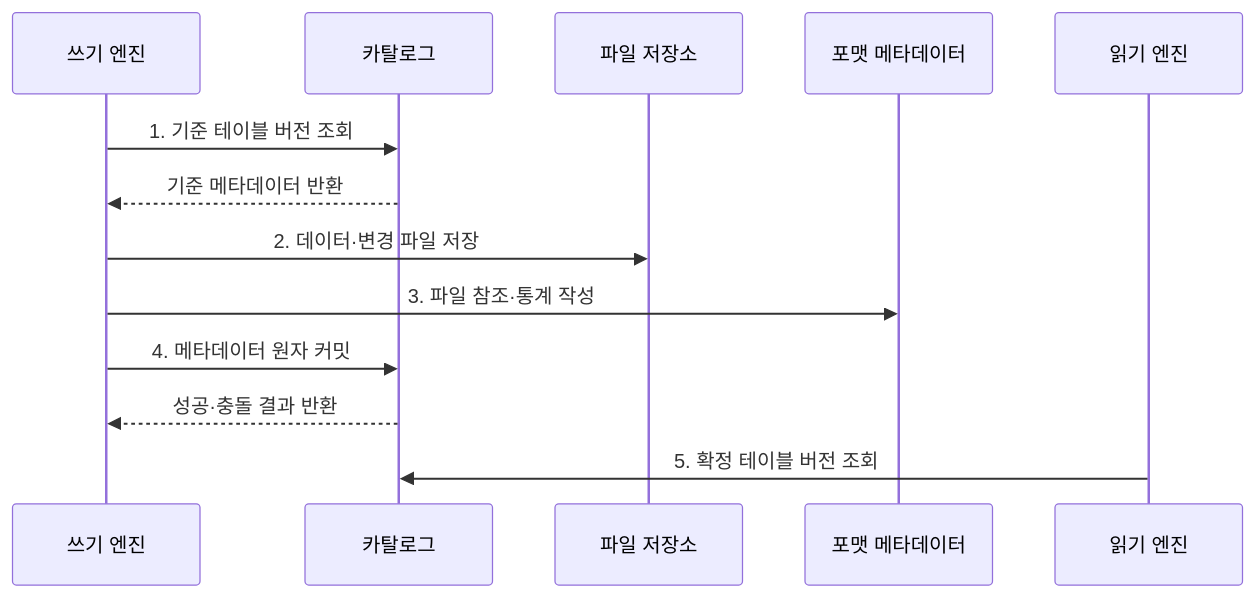
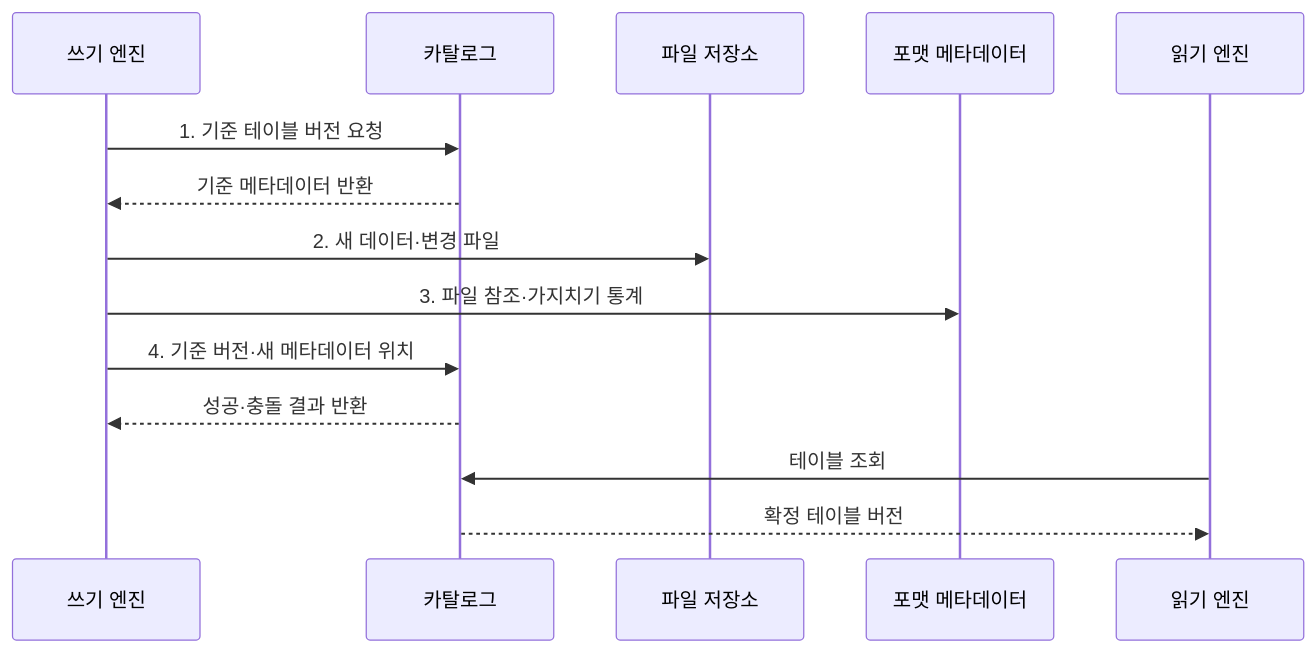
The second of 2 diagrams in src/content/docs/notes/03-software/129_open_table_format.md (agnusdei1207/knowledge-base), drawn with Mermaid before and after one commit. The commit also changed other lines of this file and 20 other files, not shown here.

````diff
--- a/src/content/docs/notes/03-software/129_open_table_format.md
+++ b/src/content/docs/notes/03-software/129_open_table_format.md
@@ -83,15 +92,16 @@
 ```mermaid
 sequenceDiagram
     participant W as 쓰기 엔진
     participant C as 카탈로그
     participant D as 파일 저장소
     participant M as 포맷 메타데이터
     participant R as 읽기 엔진
-    W->>C: 1. 기준 테이블 버전 조회
+    W->>C: 1. 기준 테이블 버전 요청
     C-->>W: 기준 메타데이터 반환
-    W->>D: 2. 데이터·변경 파일 저장
-    W->>M: 3. 파일 참조·통계 작성
-    W->>C: 4. 메타데이터 원자 커밋
+    W->>D: 2. 새 데이터·변경 파일
+    W->>M: 3. 파일 참조·가지치기 통계
+    W->>C: 4. 기준 버전·새 메타데이터 위치
     C-->>W: 성공·충돌 결과 반환
-    R->>C: 5. 확정 테이블 버전 조회
+    R->>C: 테이블 조회
+    C-->>R: 확정 테이블 버전
 ```
````
